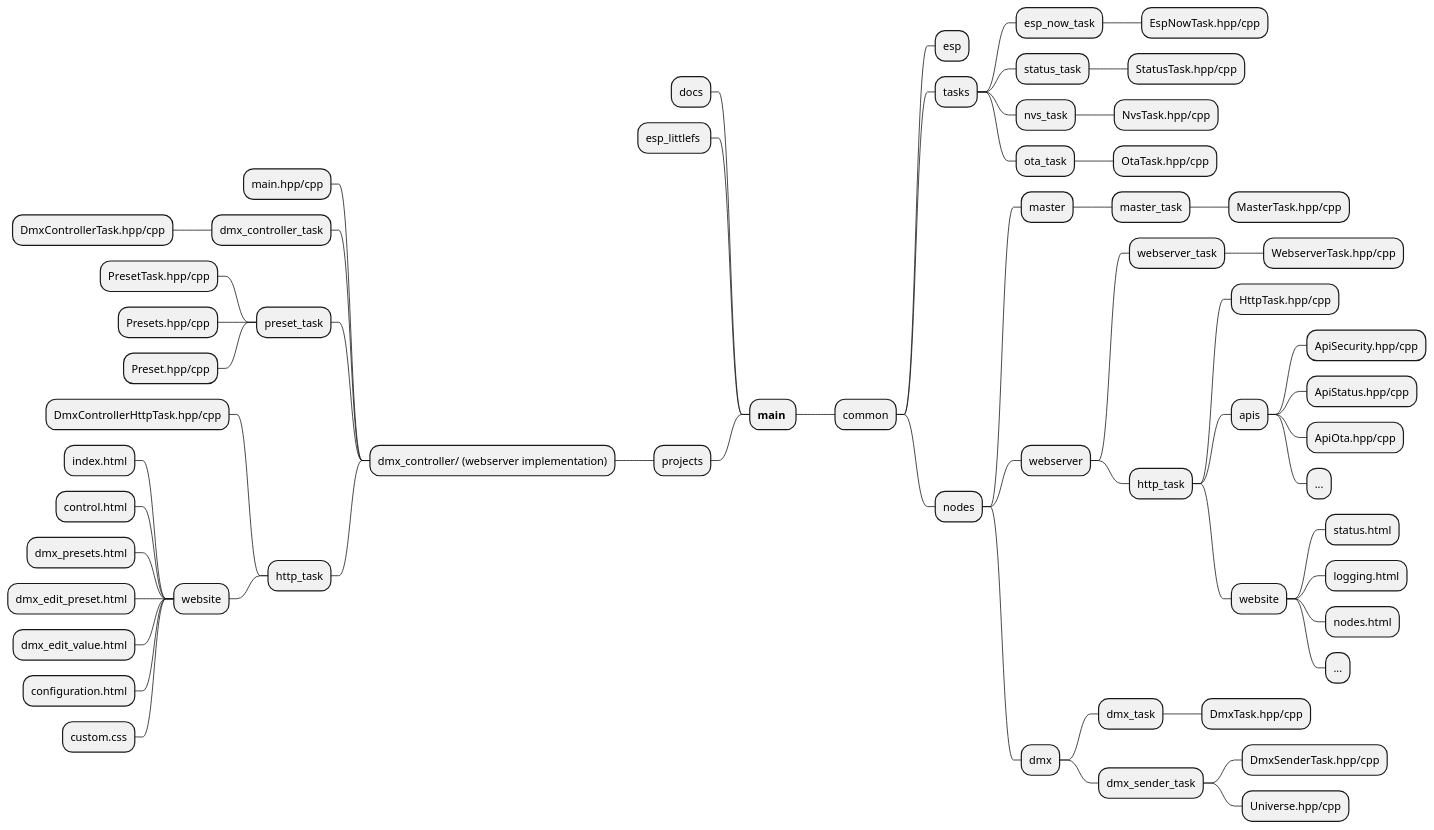
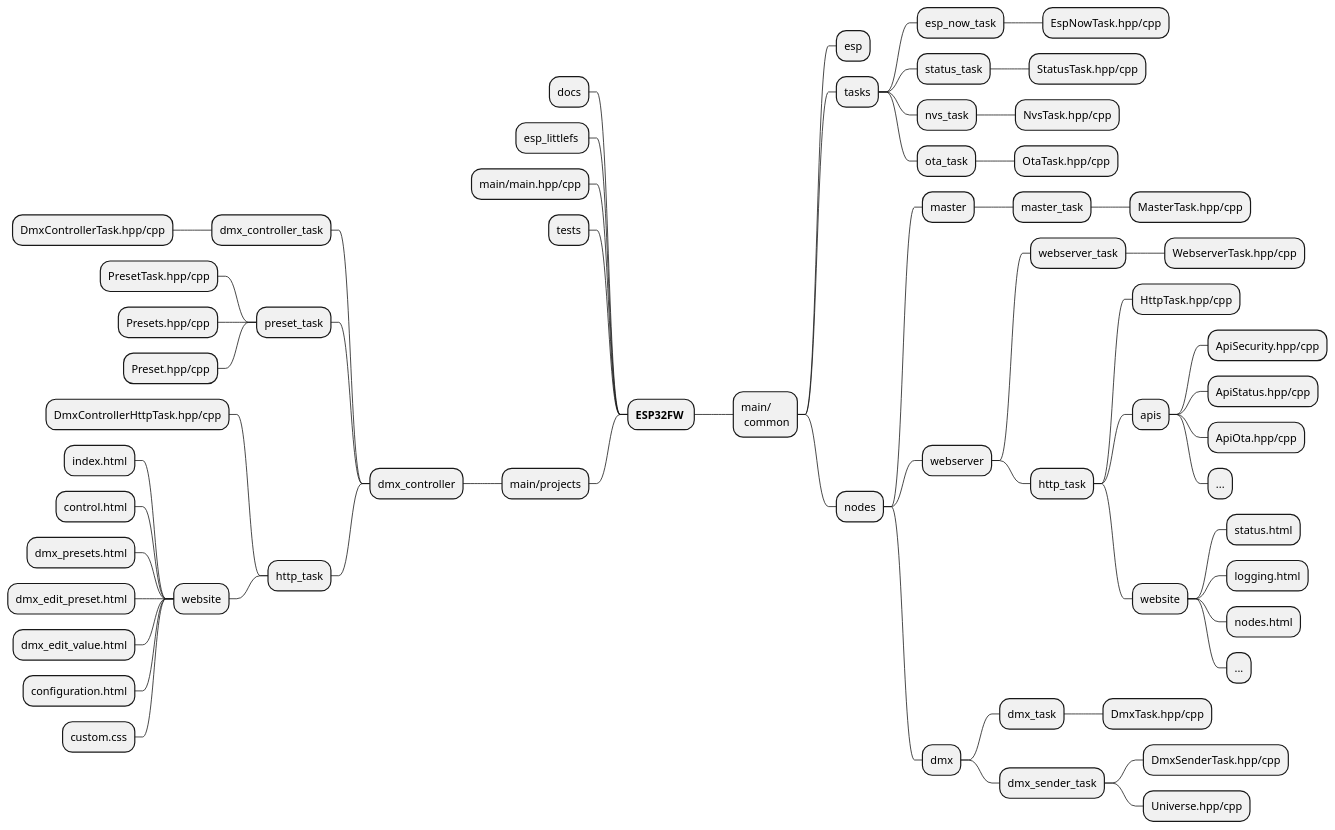
The diagram in docs/folder_structure.puml (michelkeijzers/Esp32Framework), drawn with PlantUML before and after one commit. The commit also changed 13 other files, not shown here.

```diff
--- a/docs/folder_structure.puml
+++ b/docs/folder_structure.puml
@@ -2,76 +2,77 @@
 @startmindmap
 
-* **main** 
--- docs
--- esp_littlefs 
-** common
+* **ESP32FW** 
+** main/ \n common
 *** esp
 ' **** esp_error
 ' ***** esp_error_if.hpp
 ' **** esp_filesystem
 ' ***** esp_littlefs_if.h
 ' ***** esp_spiffs-if.h   
 ' ***** IEspLittleFs.hpp
 ' ***** EspLittleFs.hpp/cpp
 ' **** esp_http_server
 ' **** esp_now
 ' **** esp_logger
 ' **** esp_nvs
 *** tasks
 **** esp_now_task
 ***** EspNowTask.hpp/cpp
 **** status_task
 ***** StatusTask.hpp/cpp
 **** nvs_task
 ***** NvsTask.hpp/cpp
 **** ota_task
 ***** OtaTask.hpp/cpp
 *** nodes
 **** master
 ***** master_task
 ****** MasterTask.hpp/cpp
 **** webserver
 ***** webserver_task
 ****** WebserverTask.hpp/cpp
 ***** http_task
 ****** HttpTask.hpp/cpp
 ****** apis
 ******* ApiSecurity.hpp/cpp
 ******* ApiStatus.hpp/cpp
 ******* ApiOta.hpp/cpp
 ******* ...
 ****** website
 ******* status.html
 ******* logging.html
 ******* nodes.html
 ******* ...
 **** dmx
 ***** dmx_task
 ****** DmxTask.hpp/cpp
 ***** dmx_sender_task
 ****** DmxSenderTask.hpp/cpp
 ****** Universe.hpp/cpp
 
--- projects
---- dmx_controller/ (webserver implementation)
----- main.hpp/cpp
+-- docs
+-- esp_littlefs 
+-- main/main.hpp/cpp
+-- tests
+-- main/projects
+--- dmx_controller
 ---- dmx_controller_task
 ----- DmxControllerTask.hpp/cpp
 ---- preset_task
 ----- PresetTask.hpp/cpp
 ----- Presets.hpp/cpp
 ----- Preset.hpp/cpp
 ---- http_task
 ----- DmxControllerHttpTask.hpp/cpp
 ----- website
 ------ index.html
 ------ control.html
 ------ dmx_presets.html
 ------ dmx_edit_preset.html
 ------ dmx_edit_value.html
 ------ configuration.html
 ------ custom.css
 
 
 
 @endmindmap
```
